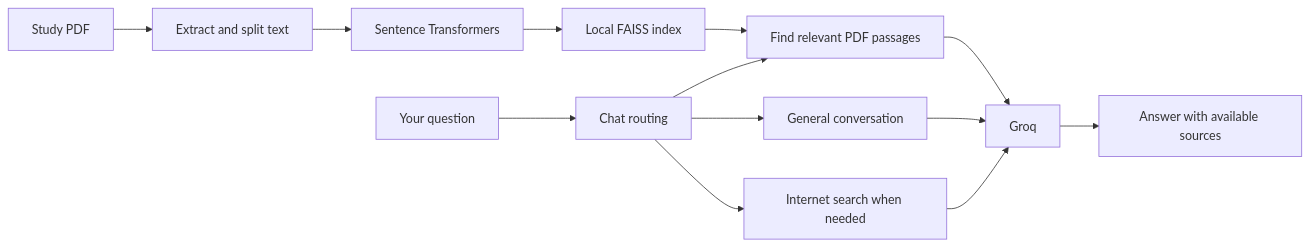
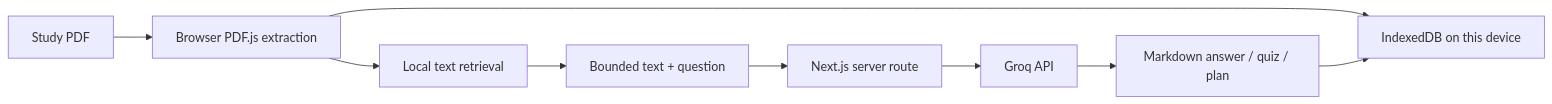
One commit to chaitanya9560/Clariqo changed the diagram in README.md. Above: the diagram before and after it, drawn with Mermaid. The commit also changed other lines of this file and 33 other files, not shown here.

Commit message:
Add Vercel-ready Next.js study chatbot

````diff
--- a/README.md
+++ b/README.md
@@ -48,15 +33,11 @@
 ```mermaid
 flowchart LR
-    PDF[Study PDF] --> Extract[Extract and split text]
-    Extract --> Embed[Sentence Transformers]
-    Embed --> Index[Local FAISS index]
-    Question[Your question] --> Route[Chat routing]
-    Route --> Retrieve[Find relevant PDF passages]
-    Index --> Retrieve
-    Retrieve --> AI[Groq]
-    Route --> Chat[General conversation]
-    Chat --> AI
-    Route --> Web[Internet search when needed]
-    Web --> AI
-    AI --> Answer[Answer with available sources]
+    PDF[Study PDF] --> Browser[Browser PDF.js extraction]
+    Browser --> Search[Local text retrieval]
+    Browser --> Storage[IndexedDB on this device]
+    Search --> API[Bounded text + question]
+    API --> Server[Next.js server route]
+    Server --> Groq[Groq API]
+    Groq --> Answer[Markdown answer / quiz / plan]
+    Answer --> Storage
 ```
````
